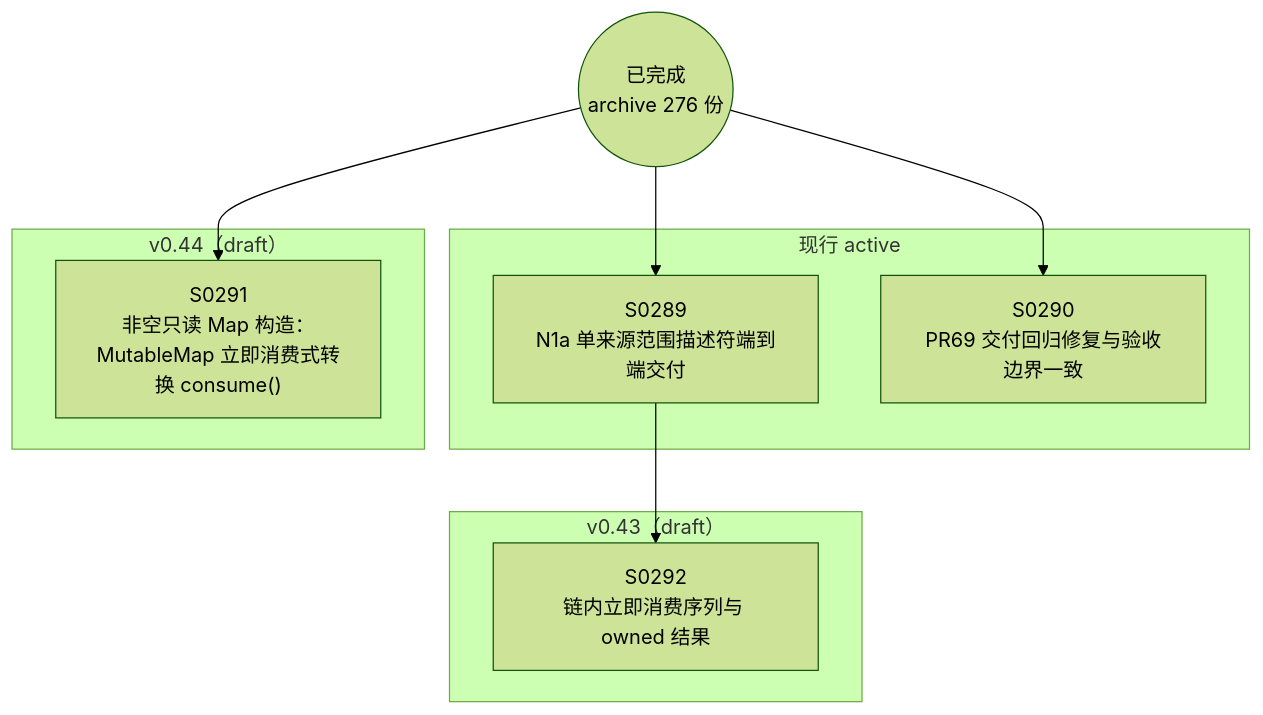
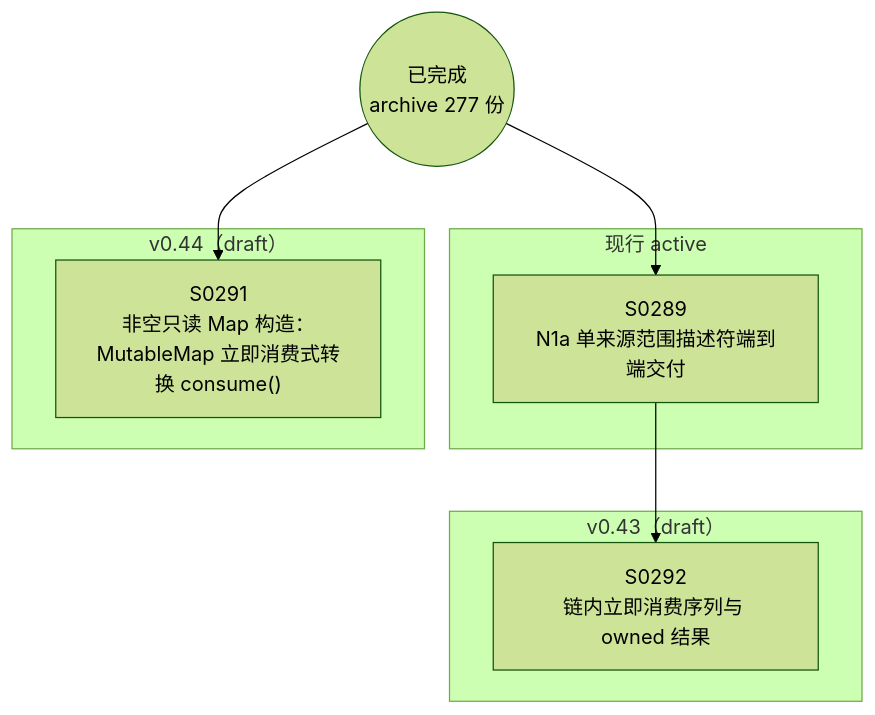
Before and after one commit to Halckon/Koven: the diagram in docs/specs/dependency-graph.md, drawn with Mermaid (forest theme). The commit also changed other lines of this file and 11 other files, not shown here.

````diff
--- a/docs/specs/dependency-graph.md
+++ b/docs/specs/dependency-graph.md
@@ -9,18 +9,16 @@
 ```mermaid
 flowchart TD
-ARCH(("已完成<br/>archive 276 份"))
+ARCH(("已完成<br/>archive 277 份"))
 subgraph Gactive["现行 active"]
   S0289["S0289<br/>N1a 单来源范围描述符端到端交付"]
-  S0290["S0290<br/>PR69 交付回归修复与验收边界一致"]
 end
 subgraph Gdrafts_v043["v0.43（draft）"]
   S0292["S0292<br/>链内立即消费序列与 owned 结果"]
 end
 subgraph Gdrafts_v044["v0.44（draft）"]
   S0291["S0291<br/>非空只读 Map 构造：MutableMap 立即消费式转换 consume()"]
 end
 S0289 --> S0292
 ARCH --> S0289
-ARCH --> S0290
 ARCH --> S0291
 ```
````
